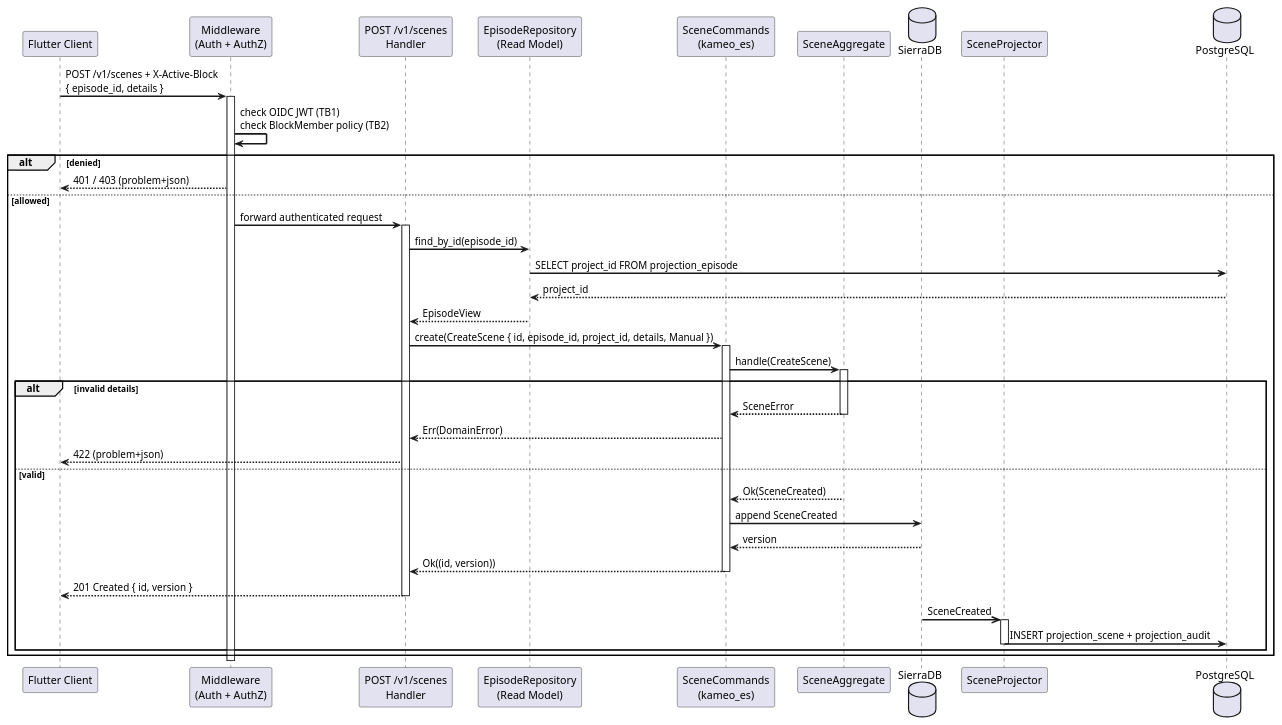
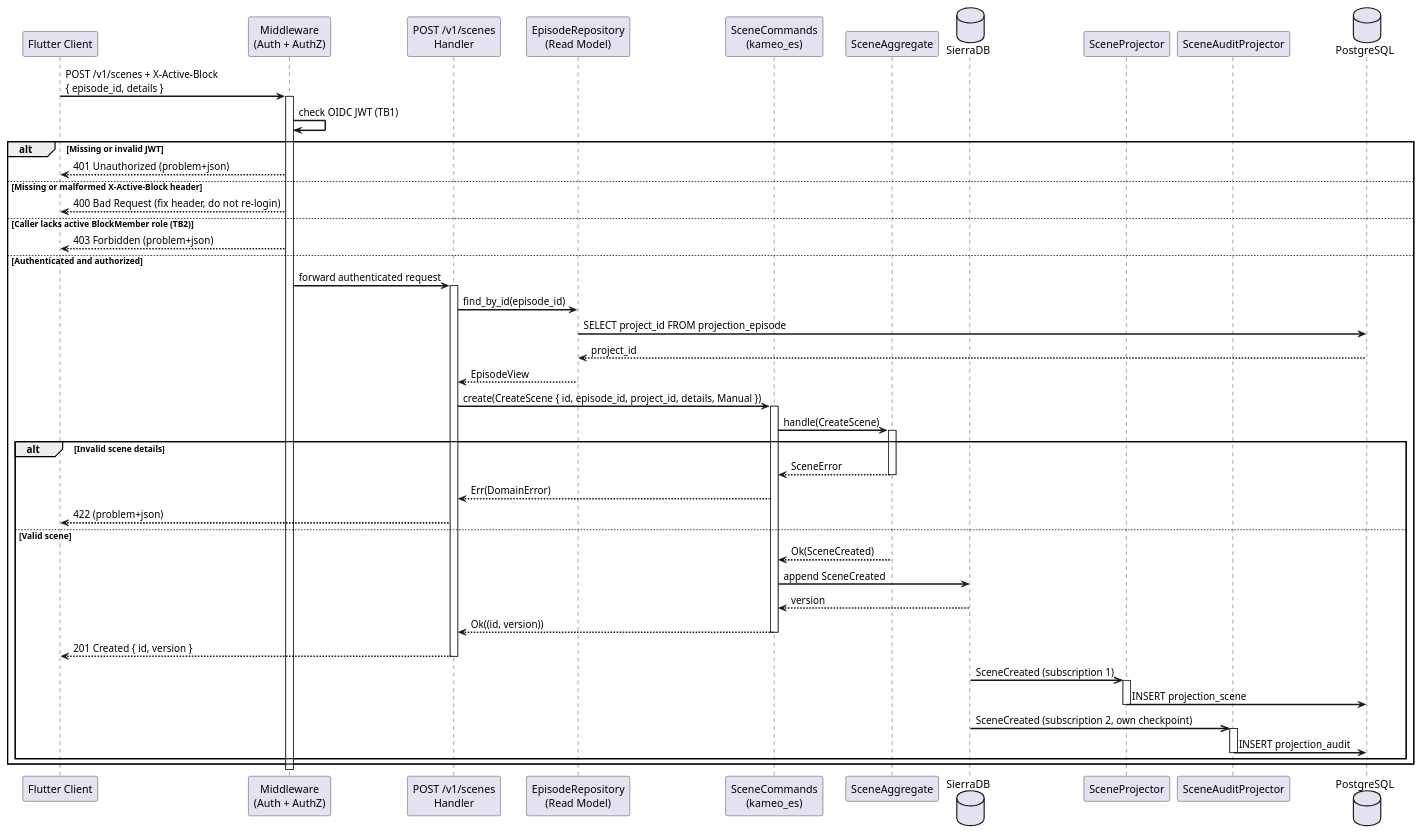
The diagram in backend/docs/architecture/diagrams/create-scene-sequence.puml (tradem/breakdown-rs), drawn with PlantUML before and after one commit. The commit also changed 24 other files, not shown here.

```diff
--- a/backend/docs/architecture/diagrams/create-scene-sequence.puml
+++ b/backend/docs/architecture/diagrams/create-scene-sequence.puml
@@ -1,59 +1,70 @@
 @startuml create-scene-sequence
 ' SPDX-License-Identifier: AGPL-3.0
 ' Copyright (C) 2024-2026 Breakdown RS Contributors
 ' Co-authored-by: kimi-k3 (neuralwatt)
 ' Co-authored-by: gemini-4-carbon (google)
 '
 ' Runtime view: POST /v1/scenes with middleware authorization and audit context.
 
 skinparam shadowing false
 skinparam sequenceArrowThickness 2
 
 participant "Flutter Client" as client
 participant "Middleware\n(Auth + AuthZ)" as mw
 participant "POST /v1/scenes\nHandler" as api
 participant "EpisodeRepository\n(Read Model)" as repo
 participant "SceneCommands\n(kameo_es)" as svc
 participant "SceneAggregate" as agg
 database "SierraDB" as es
 participant "SceneProjector" as proj
+participant "SceneAuditProjector" as aproj
 database "PostgreSQL" as db
 
 client -> mw : POST /v1/scenes + X-Active-Block\n{ episode_id, details }
 activate mw
-mw -> mw : check OIDC JWT (TB1)\ncheck BlockMember policy (TB2)
-alt denied
-  mw --> client : 401 / 403 (problem+json)
-else allowed
+mw -> mw : check OIDC JWT (TB1)
+alt Missing or invalid JWT
+  mw --> client : 401 Unauthorized (problem+json)
+else Missing or malformed X-Active-Block header
+  mw --> client : 400 Bad Request (fix header, do not re-login)
+else Caller lacks active BlockMember role (TB2)
+  mw --> client : 403 Forbidden (problem+json)
+else Authenticated and authorized
   mw -> api : forward authenticated request
   activate api
   api -> repo : find_by_id(episode_id)
   repo -> db : SELECT project_id FROM projection_episode
   db --> repo : project_id
   repo --> api : EpisodeView
   api -> svc : create(CreateScene { id, episode_id, project_id, details, Manual })
   activate svc
   svc -> agg : handle(CreateScene)
   activate agg
-  alt invalid details
+  alt Invalid scene details
     agg --> svc : SceneError
     deactivate agg
     svc --> api : Err(DomainError)
     api --> client : 422 (problem+json)
-  else valid
+  else Valid scene
     agg --> svc : Ok(SceneCreated)
     deactivate agg
     svc -> es : append SceneCreated
     es --> svc : version
     svc --> api : Ok((id, version))
     deactivate svc
     api --> client : 201 Created { id, version }
     deactivate api
-    es ->> proj : SceneCreated
+
+    es ->> proj : SceneCreated (subscription 1)
     activate proj
-    proj -> db : INSERT projection_scene + projection_audit
+    proj -> db : INSERT projection_scene
     deactivate proj
+
+    es ->> aproj : SceneCreated (subscription 2, own checkpoint)
+    activate aproj
+    aproj -> db : INSERT projection_audit
+    deactivate aproj
   end
 end
 deactivate mw
 @enduml
```
